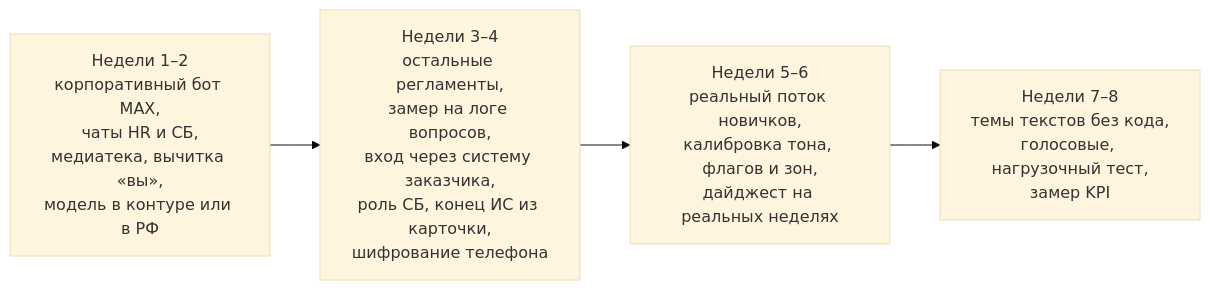
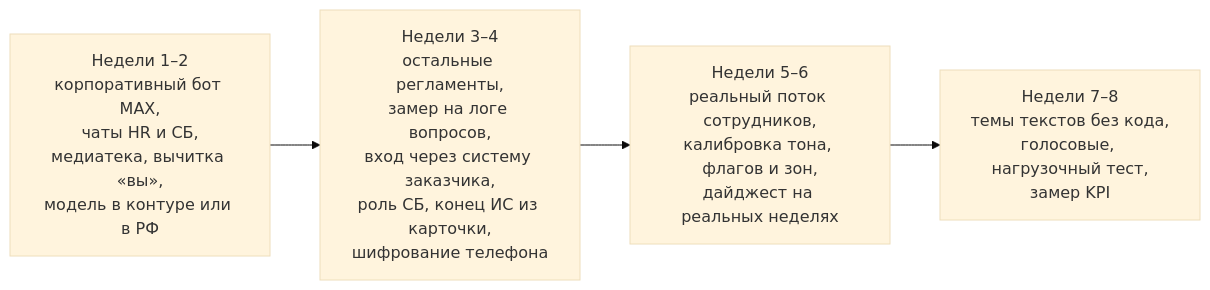
One commit to kunak-agency/polyplastic-bot changed the diagram in agency/system/Human/11-limitations-and-roadmap.md. Above: the diagram before and after it, drawn with Mermaid (base theme). The commit also changed other lines of this file and 99 other files, not shown here.

````diff
--- a/agency/system/Human/11-limitations-and-roadmap.md
+++ b/agency/system/Human/11-limitations-and-roadmap.md
@@ -100,6 +100,6 @@
 ```mermaid
 flowchart LR
     W1["Недели 1–2<br/>корпоративный бот MAX,<br/>чаты HR и СБ,<br/>медиатека, вычитка «вы»,<br/>модель в контуре или в РФ"] --> W3["Недели 3–4<br/>остальные регламенты,<br/>замер на логе вопросов,<br/>вход через систему заказчика,<br/>роль СБ, конец ИС из карточки,<br/>шифрование телефона"]
-    W3 --> W5["Недели 5–6<br/>реальный поток новичков,<br/>калибровка тона, флагов и зон,<br/>дайджест на реальных неделях"]
+    W3 --> W5["Недели 5–6<br/>реальный поток сотрудников,<br/>калибровка тона, флагов и зон,<br/>дайджест на реальных неделях"]
     W5 --> W7["Недели 7–8<br/>темы текстов без кода,<br/>голосовые, нагрузочный тест,<br/>замер KPI"]
 ```
````
